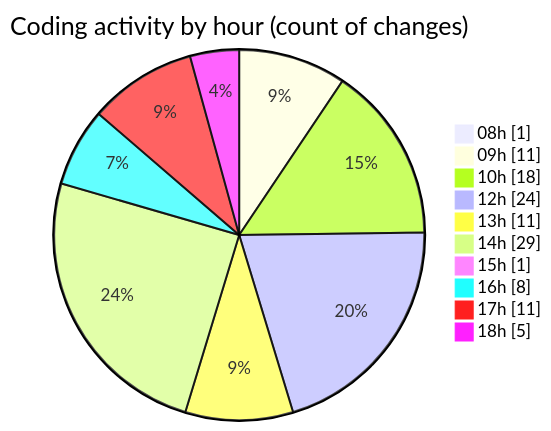
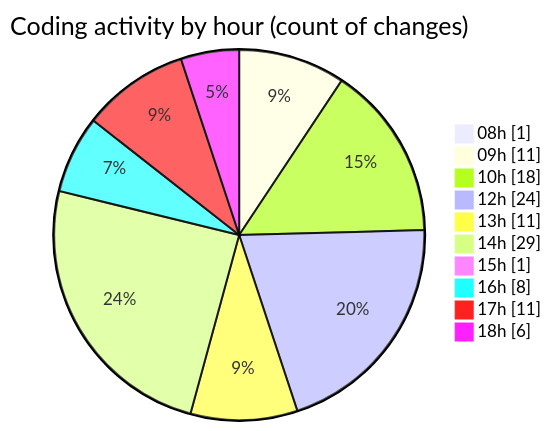
Before and after one commit to momahboobian/code-tracking: the second of 2 diagrams in 2026-04-14/cda/README.md, drawn with Mermaid. The commit also changed other lines of this file and 1 other file, not shown here.

````diff
--- a/2026-04-14/cda/README.md
+++ b/2026-04-14/cda/README.md
@@ -64,14 +64,14 @@
 ```mermaid
 pie showData
 title Coding activity by hour (count of changes)
 "08h" : 1
 "09h" : 11
 "10h" : 18
 "12h" : 24
 "13h" : 11
 "14h" : 29
 "15h" : 1
 "16h" : 8
 "17h" : 11
-"18h" : 5
+"18h" : 6
 ```
````
